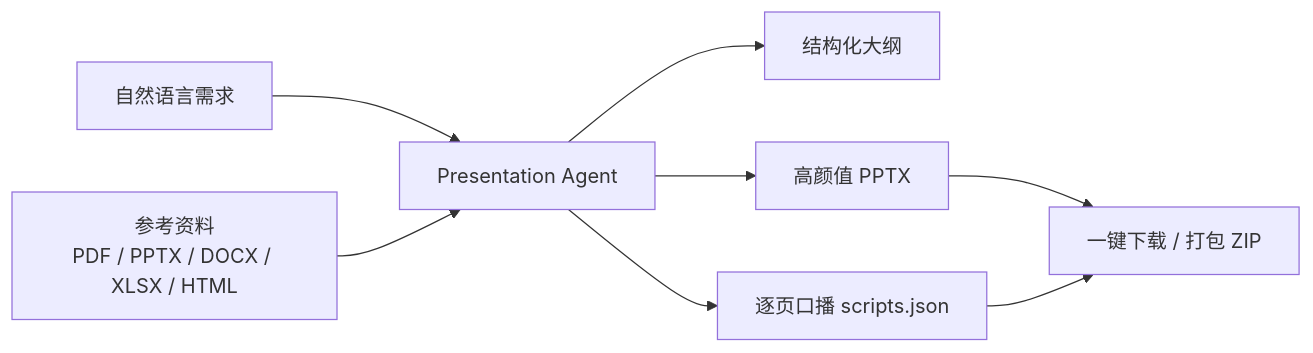
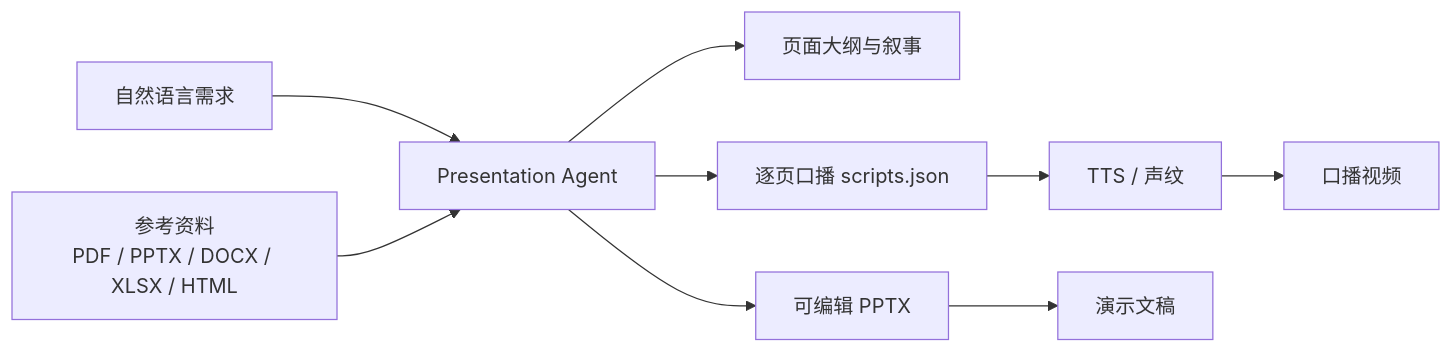
One commit to zhytest123/ppt-narration-agent changed the diagram in README.md. Above: the diagram before and after it, drawn with Mermaid. The commit also changed other lines of this file and 6 other files, not shown here.

````diff
--- a/README.md
+++ b/README.md
@@ -55,11 +38,12 @@
 ```mermaid
 flowchart LR
   A[自然语言需求] --> C[Presentation Agent]
   B[参考资料
 PDF / PPTX / DOCX / XLSX / HTML] --> C
-  C --> D[结构化大纲]
-  C --> E[高颜值 PPTX]
+  C --> D[页面大纲与叙事]
+  C --> E[可编辑 PPTX]
   C --> F[逐页口播 scripts.json]
-  E --> G[一键下载 / 打包 ZIP]
-  F --> G
+  F --> G[TTS / 声纹]
+  E --> H[演示文稿]
+  G --> I[口播视频]
 ```
````
